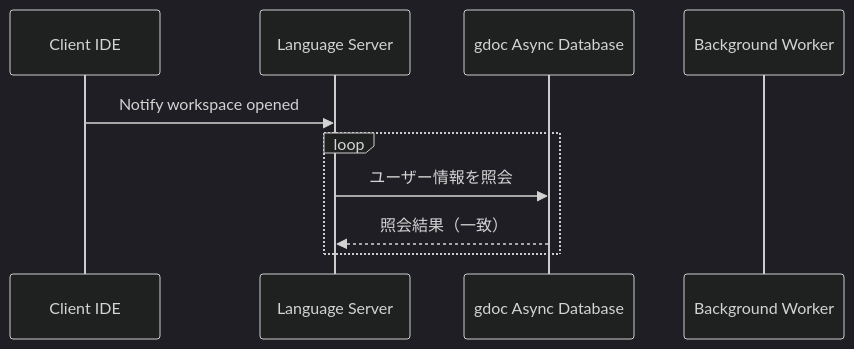
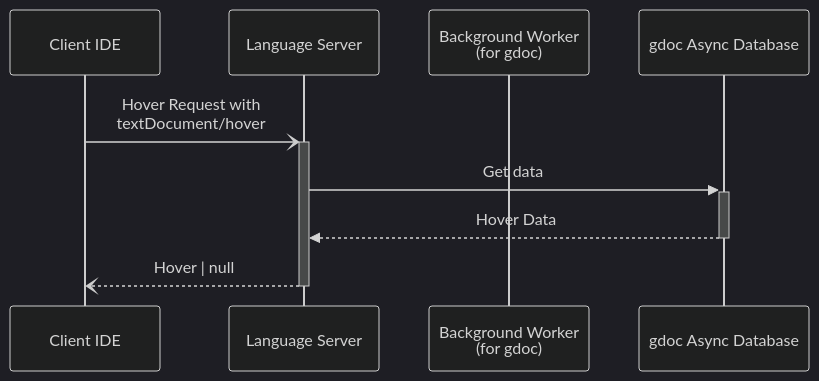
The third of 5 diagrams in docs/ArchitecturalDesign/gdocServer/LanguageServer.md (tyskdm/gdoc), drawn with Mermaid (dark theme) before and after one commit. The commit also changed other lines of this file, not shown here.

Commit message:
docs: update Language Server documentation with Hover Request details and sequence diagrams

````diff
--- a/docs/ArchitecturalDesign/gdocServer/LanguageServer.md
+++ b/docs/ArchitecturalDesign/gdocServer/LanguageServer.md
@@ -225,13 +233,12 @@
 ```mermaid
 sequenceDiagram
   participant IDE as Client IDE
   participant LS as Language Server
+  participant Worker as Background Worker<br>(for gdoc)
   participant DB as gdoc Async Database
-  participant Worker as Background Worker
 
-  IDE->>LS: Notify workspace opened
-  Loop
-    LS->>DB: ユーザー情報を照会
-    DB-->>LS: 照会結果（一致）
-  end
+  IDE -) +LS: Hover Request with<br>textDocument/hover
+    LS ->> +DB: Get data
+    DB -->> -LS: Hover Data
+  LS --) -IDE: Hover | null
 ```
````
